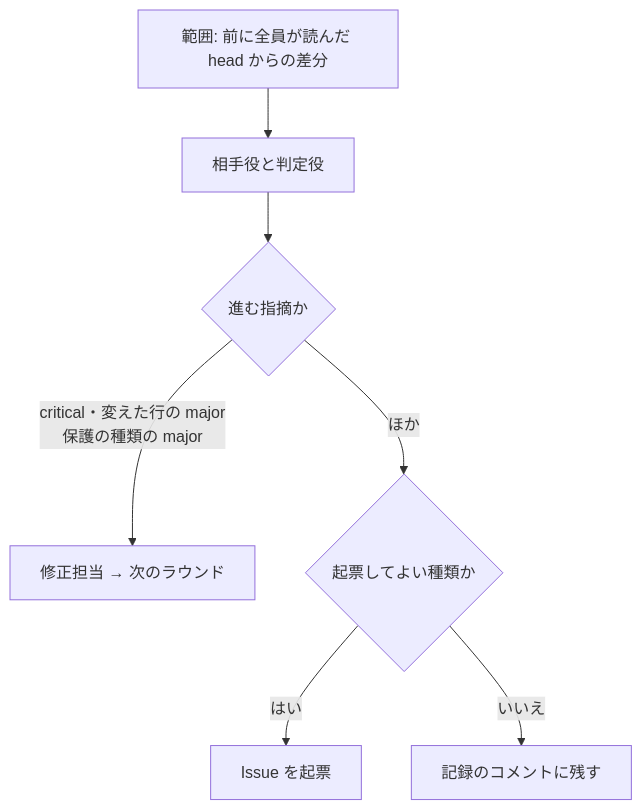
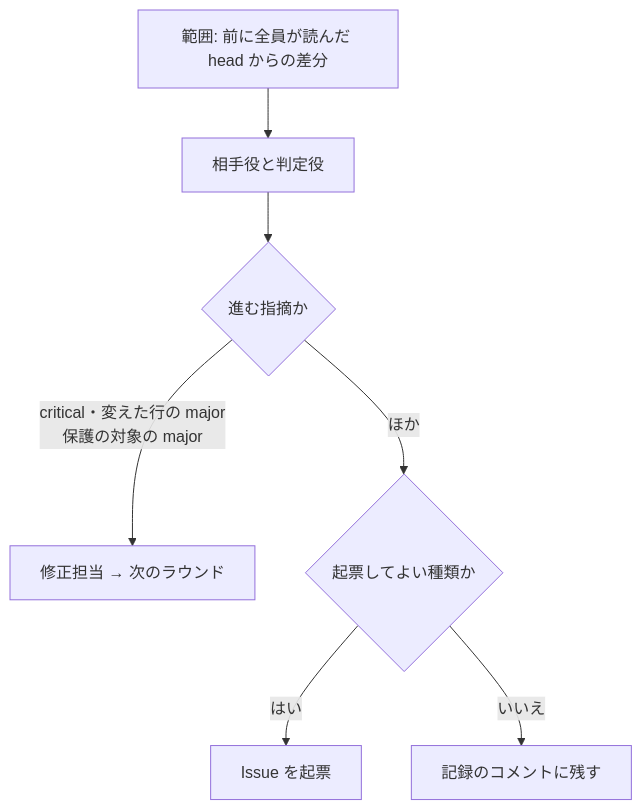
Before and after one commit to devbasex/ai-plugins: the second of 3 diagrams in issues/issue-3780-design.md, drawn with Mermaid. The commit also changed other lines of this file and 4 other files, not shown here.

````diff
--- a/issues/issue-3780-design.md
+++ b/issues/issue-3780-design.md
@@ -41,9 +41,9 @@
 ```mermaid
 flowchart TD
     A[範囲: 前に全員が読んだ head からの差分] --> B[相手役と判定役]
     B --> C{進む指摘か}
-    C -->|critical・変えた行の major<br>保護の種類の major| D[修正担当 → 次のラウンド]
+    C -->|critical・変えた行の major<br>保護の対象の major| D[修正担当 → 次のラウンド]
     C -->|ほか| E{起票してよい種類か}
     E -->|はい| F[Issue を起票]
     E -->|いいえ| G[記録のコメントに残す]
 ```
````
